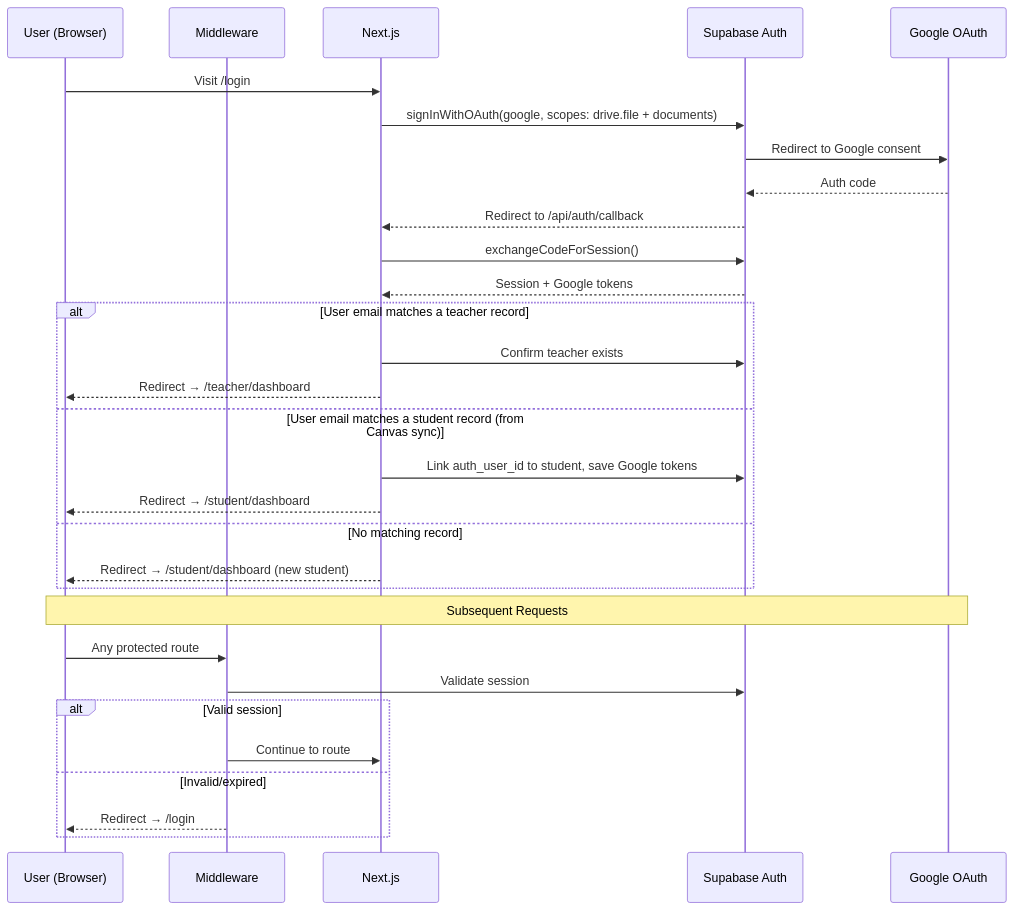
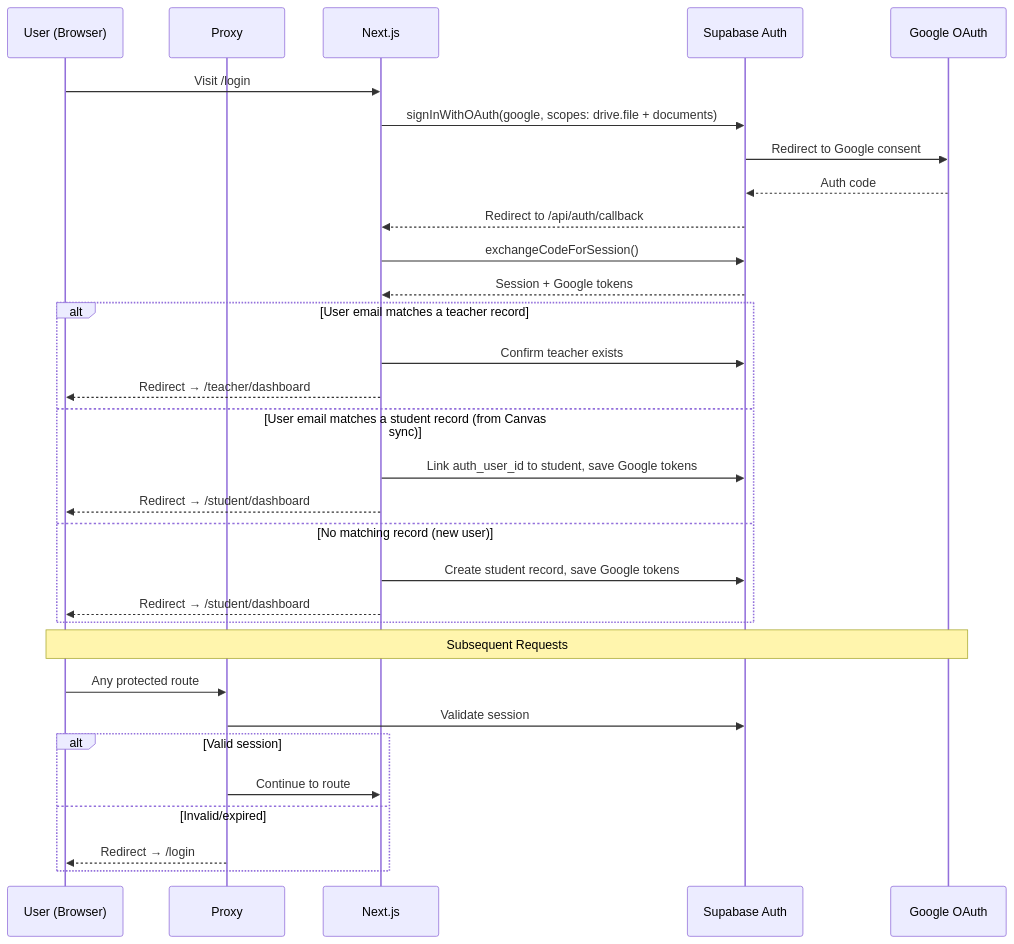
Before and after one commit to hughsibbele/handwritten-assignment-helper-v2-SGS: the fifth of 6 diagrams in ARCHITECTURE.md, drawn with Mermaid. The commit also changed other lines of this file and 21 other files, not shown here.

First line of the commit message:
feat: class code join flow, RLS cleanup, middleware→proxy migration

````diff
--- a/ARCHITECTURE.md
+++ b/ARCHITECTURE.md
@@ -236,36 +236,37 @@
 ```mermaid
 sequenceDiagram
     participant U as User (Browser)
-    participant MW as Middleware
+    participant PX as Proxy
     participant App as Next.js
     participant SB as Supabase Auth
     participant G as Google OAuth
 
     U->>App: Visit /login
     App->>SB: signInWithOAuth(google, scopes: drive.file + documents)
     SB->>G: Redirect to Google consent
     G-->>SB: Auth code
     SB-->>App: Redirect to /api/auth/callback
 
     App->>SB: exchangeCodeForSession()
     SB-->>App: Session + Google tokens
 
     alt User email matches a teacher record
         App->>SB: Confirm teacher exists
         App-->>U: Redirect → /teacher/dashboard
     else User email matches a student record (from Canvas sync)
         App->>SB: Link auth_user_id to student, save Google tokens
         App-->>U: Redirect → /student/dashboard
-    else No matching record
-        App-->>U: Redirect → /student/dashboard (new student)
+    else No matching record (new user)
+        App->>SB: Create student record, save Google tokens
+        App-->>U: Redirect → /student/dashboard
     end
 
     Note over U,G: Subsequent Requests
-    U->>MW: Any protected route
-    MW->>SB: Validate session
+    U->>PX: Any protected route
+    PX->>SB: Validate session
     alt Valid session
-        MW->>App: Continue to route
+        PX->>App: Continue to route
     else Invalid/expired
-        MW-->>U: Redirect → /login
+        PX-->>U: Redirect → /login
     end
 ```
````
